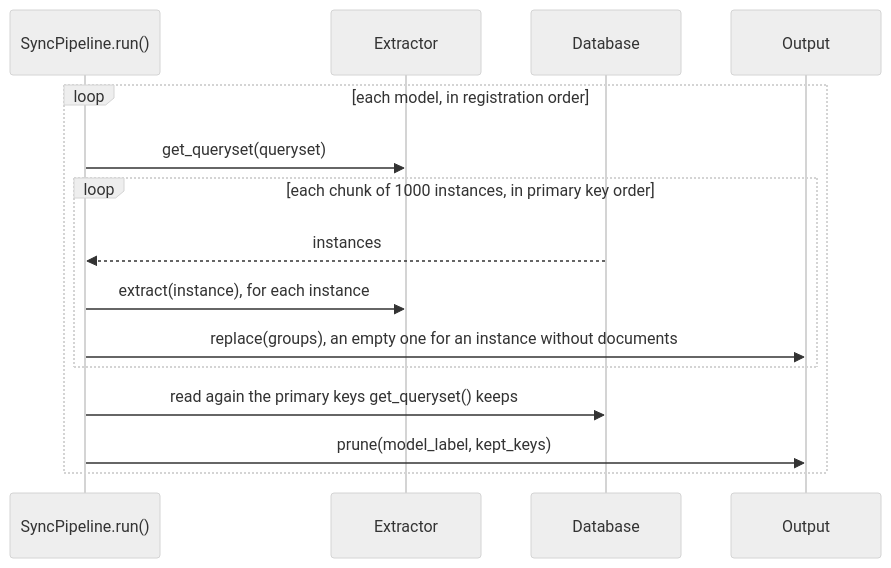
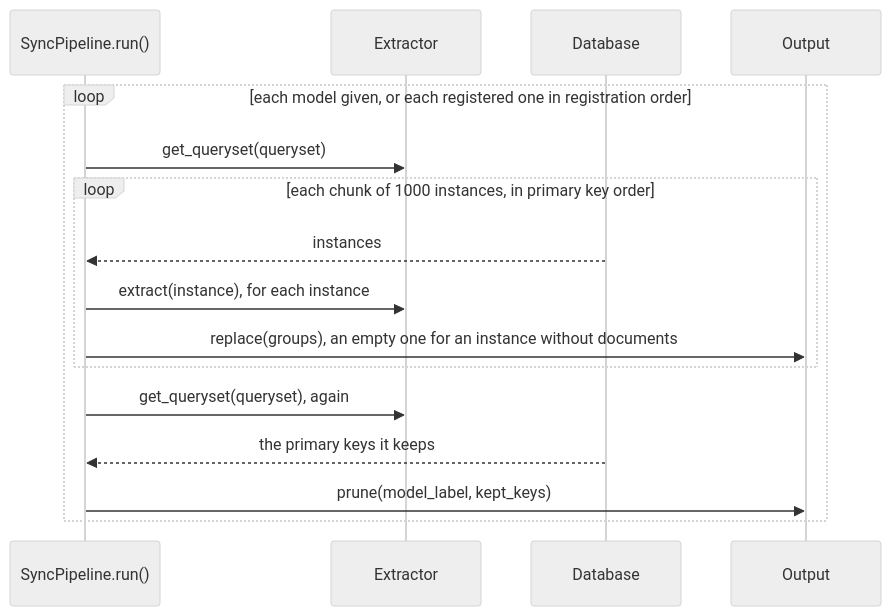
One commit to gtolivier/django-model-rag changed the second of 4 diagrams in README.md. Above: the diagram before and after it, drawn with Mermaid (neutral theme). The commit also changed other lines of this file, not shown here.

First line of the commit message:
Match the README diagrams to what the signals and run() do

````diff
--- a/README.md
+++ b/README.md
@@ -339,17 +339,18 @@
 ```mermaid
 sequenceDiagram
     participant P as SyncPipeline.run()
     participant E as Extractor
     participant DB as Database
     participant O as Output
-    loop each model, in registration order
+    loop each model given, or each registered one in registration order
         P->>E: get_queryset(queryset)
         loop each chunk of 1000 instances, in primary key order
             DB-->>P: instances
             P->>E: extract(instance), for each instance
             P->>O: replace(groups), an empty one for an instance without documents
         end
-        P->>DB: read again the primary keys get_queryset() keeps
+        P->>E: get_queryset(queryset), again
+        DB-->>P: the primary keys it keeps
         P->>O: prune(model_label, kept_keys)
     end
 ```
````
